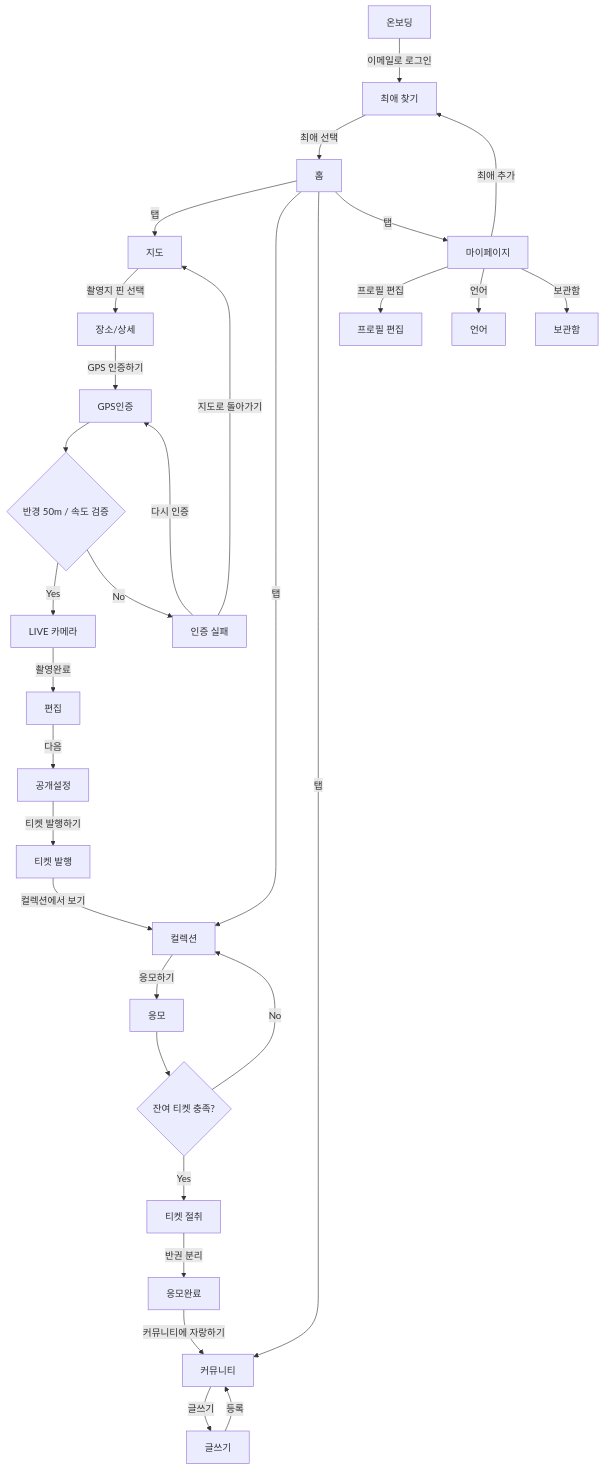
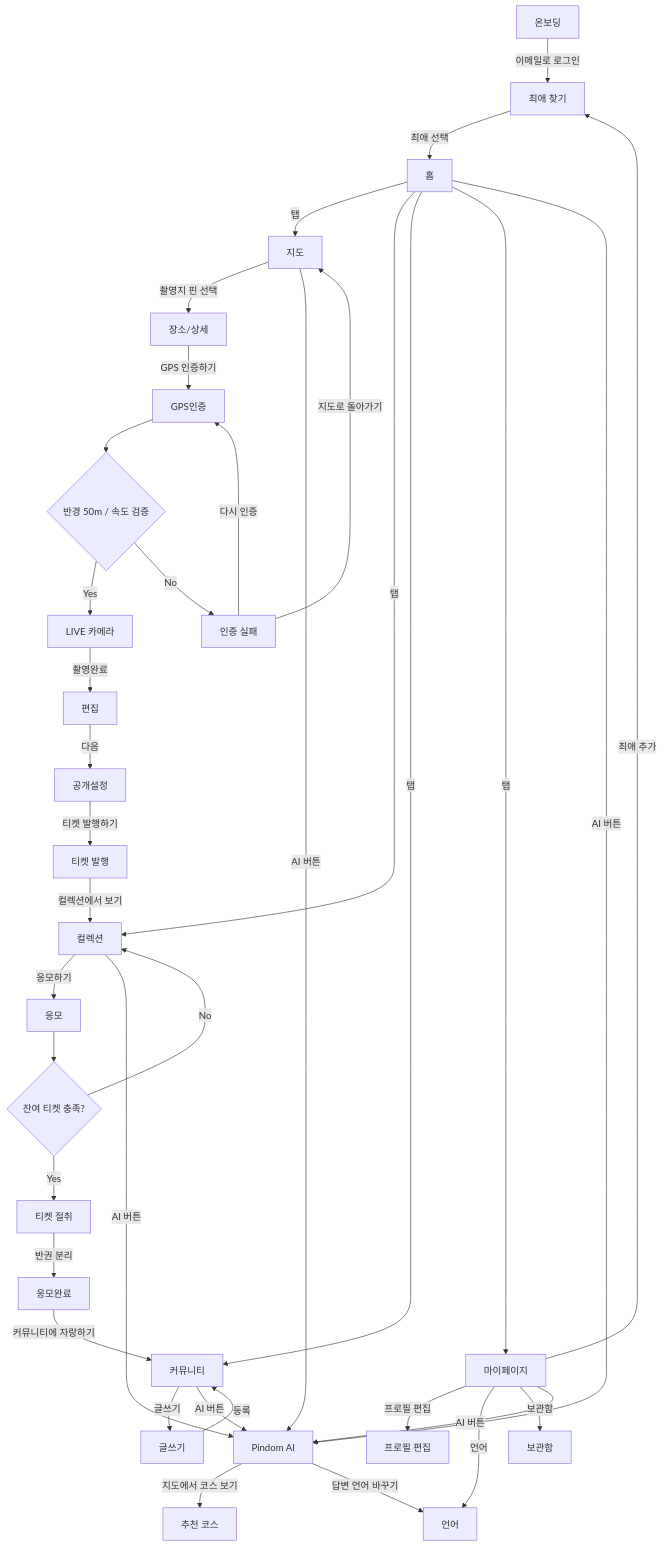
Before and after one commit to spencer0124/pindom: the diagram in docs/reference/screens.md, drawn with Mermaid. The commit also changed other lines of this file and 8 other files, not shown here.

````diff
--- a/docs/reference/screens.md
+++ b/docs/reference/screens.md
@@ -129,37 +156,41 @@
 ```mermaid
 flowchart TD
   ONB[온보딩] -->|이메일로 로그인| ART[최애 찾기]
   ART -->|최애 선택| HOME[홈]
   HOME -->|탭| MAP[지도]
   HOME -->|탭| COLL[컬렉션]
   HOME -->|탭| COMM[커뮤니티]
   HOME -->|탭| MY[마이페이지]
 
   MAP -->|촬영지 핀 선택| PLACE[장소/상세]
   PLACE -->|GPS 인증하기| GPS[GPS인증]
   GPS --> CHK{반경 50m / 속도 검증}
   CHK -->|Yes| CAM[LIVE 카메라]
   CHK -->|No| FAIL[인증 실패]
   FAIL -->|다시 인증| GPS
   FAIL -->|지도로 돌아가기| MAP
 
   CAM -->|촬영완료| EDIT[편집]
   EDIT -->|다음| VIS[공개설정]
   VIS -->|티켓 발행하기| ISSUED[티켓 발행]
   ISSUED -->|컬렉션에서 보기| COLL
 
   COLL -->|응모하기| RAFFLE[응모]
   RAFFLE --> BAL{잔여 티켓 충족?}
   BAL -->|No| COLL
   BAL -->|Yes| TEAR[티켓 절취]
   TEAR -->|반권 분리| DONE[응모완료]
   DONE -->|커뮤니티에 자랑하기| COMM
 
   COMM -->|글쓰기| WRITE[글쓰기]
   WRITE -->|등록| COMM
 
   MY -->|프로필 편집| PROF[프로필 편집]
   MY -->|언어| LANG[언어]
   MY -->|보관함| VAULT[보관함]
   MY -->|최애 추가| ART
+
+  HOME & MAP & COLL & COMM & MY -->|AI 버튼| CHAT[Pindom AI]
+  CHAT -->|지도에서 코스 보기| COURSE[추천 코스]
+  CHAT -->|답변 언어 바꾸기| LANG
 ```
````
